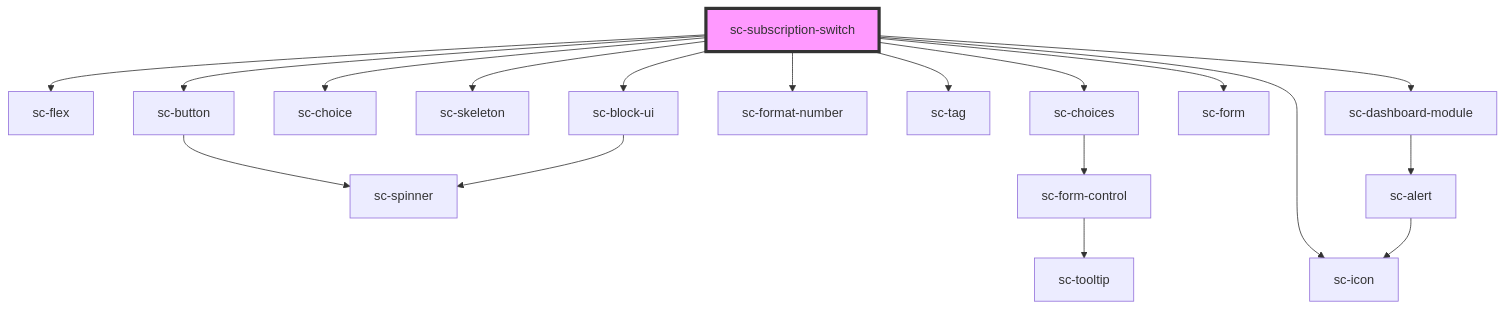
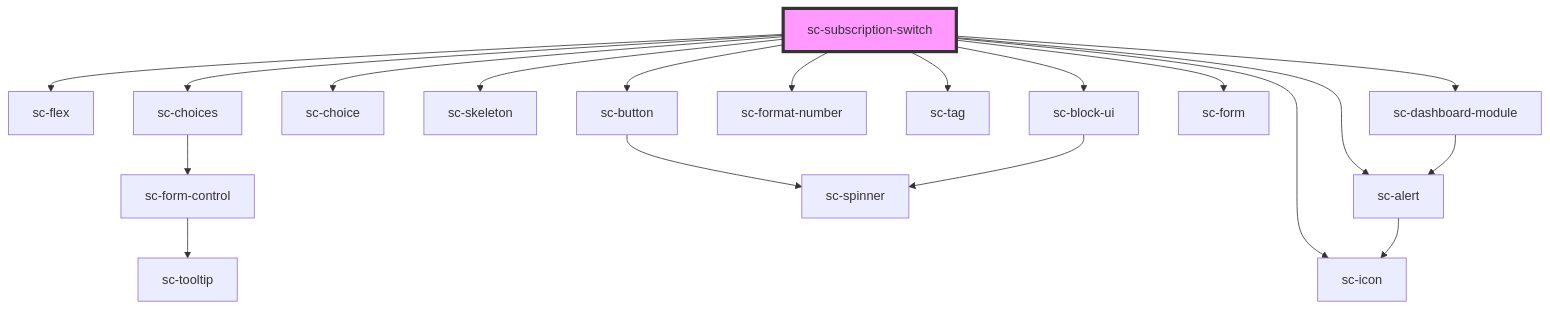
One commit to surecart/surecart-wp-plugin changed the diagram in packages/components/src/components/controllers/dashboard/subscription-switch/readme.md. Above: the diagram before and after it, drawn with Mermaid. The commit also changed other lines of this file and 20 other files, not shown here.

````diff
--- a/packages/components/src/components/controllers/dashboard/subscription-switch/readme.md
+++ b/packages/components/src/components/controllers/dashboard/subscription-switch/readme.md
@@ -36,21 +38,22 @@
 ```mermaid
 graph TD;
   sc-subscription-switch --> sc-flex
   sc-subscription-switch --> sc-button
   sc-subscription-switch --> sc-choice
   sc-subscription-switch --> sc-skeleton
   sc-subscription-switch --> sc-choices
   sc-subscription-switch --> sc-format-number
   sc-subscription-switch --> sc-tag
+  sc-subscription-switch --> sc-alert
   sc-subscription-switch --> sc-dashboard-module
   sc-subscription-switch --> sc-form
   sc-subscription-switch --> sc-icon
   sc-subscription-switch --> sc-block-ui
   sc-button --> sc-spinner
   sc-choices --> sc-form-control
   sc-form-control --> sc-tooltip
+  sc-alert --> sc-icon
   sc-dashboard-module --> sc-alert
-  sc-alert --> sc-icon
   sc-block-ui --> sc-spinner
   style sc-subscription-switch fill:#f9f,stroke:#333,stroke-width:4px
 ```
````
